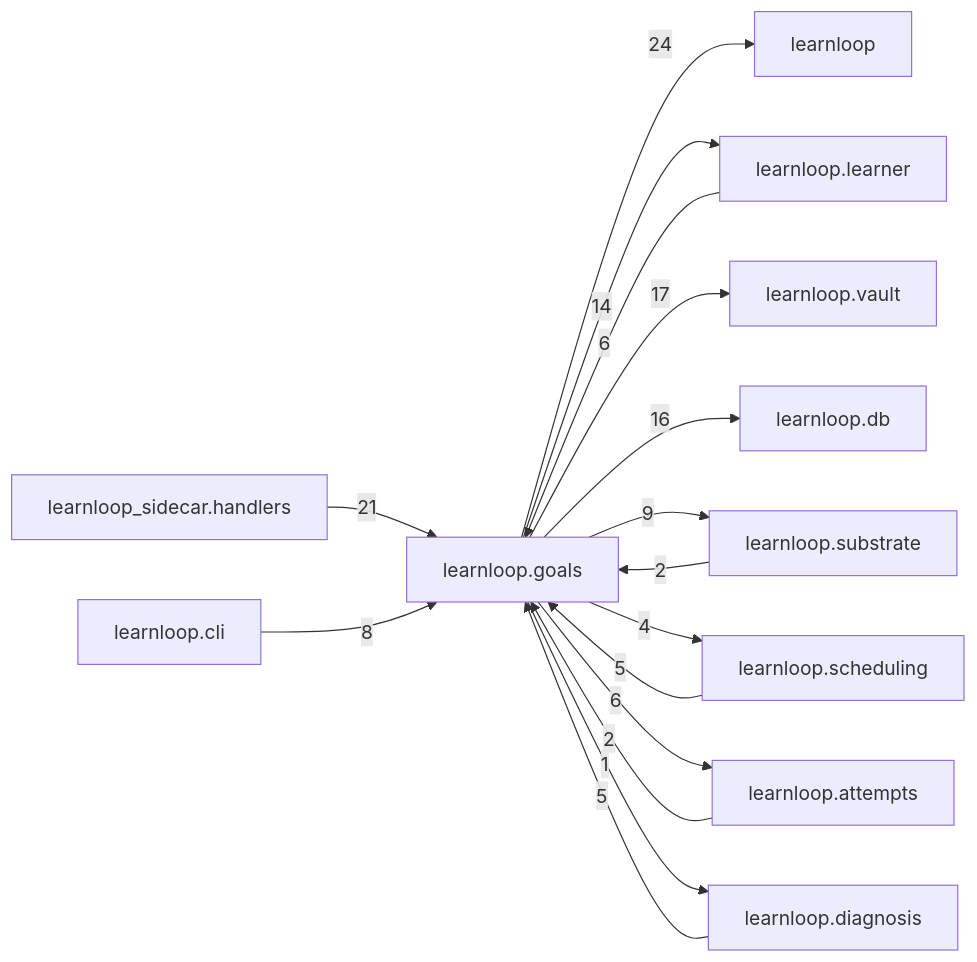
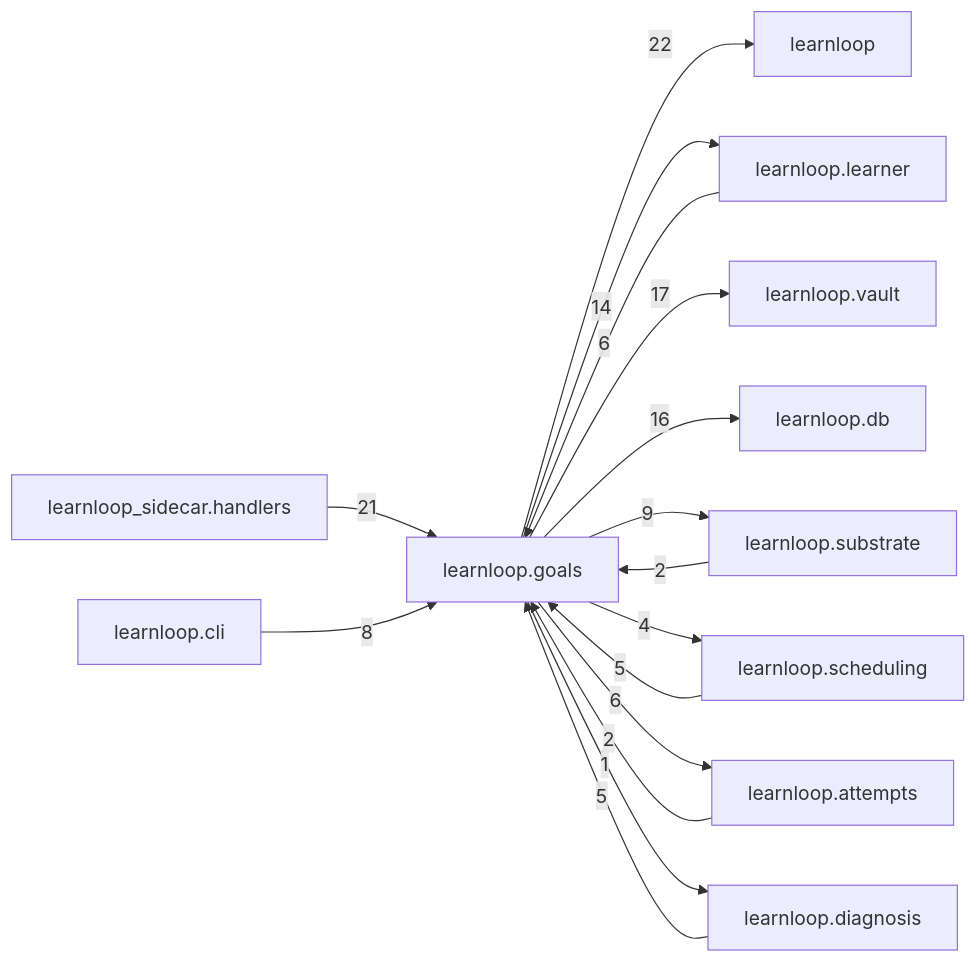
One commit to 6up-b/learnanything changed the diagram in docs/learnloop-architecture-vault/Reference/Modules/learnloop/goals/_package.md. Above: the diagram before and after it, drawn with Mermaid. The commit also changed other lines of this file and 69 other files, not shown here.

````diff
--- a/docs/learnloop-architecture-vault/Reference/Modules/learnloop/goals/_package.md
+++ b/docs/learnloop-architecture-vault/Reference/Modules/learnloop/goals/_package.md
@@ -128,29 +128,29 @@
 ```mermaid
 flowchart LR
     center["learnloop.goals"]
     n_learnloop["learnloop"]
     n_learnloop_sidecar_handlers["learnloop_sidecar.handlers"]
     n_learnloop_learner["learnloop.learner"]
     n_learnloop_vault["learnloop.vault"]
     n_learnloop_db["learnloop.db"]
     n_learnloop_substrate["learnloop.substrate"]
     n_learnloop_scheduling["learnloop.scheduling"]
     n_learnloop_attempts["learnloop.attempts"]
     n_learnloop_cli["learnloop.cli"]
     n_learnloop_diagnosis["learnloop.diagnosis"]
-    center -->|24| n_learnloop
+    center -->|22| n_learnloop
     n_learnloop_sidecar_handlers -->|21| center
     n_learnloop_learner -->|6| center
     center -->|14| n_learnloop_learner
     center -->|17| n_learnloop_vault
     center -->|16| n_learnloop_db
     n_learnloop_substrate -->|2| center
     center -->|9| n_learnloop_substrate
     n_learnloop_scheduling -->|5| center
     center -->|4| n_learnloop_scheduling
     n_learnloop_attempts -->|2| center
     center -->|6| n_learnloop_attempts
     n_learnloop_cli -->|8| center
     n_learnloop_diagnosis -->|5| center
     center -->|1| n_learnloop_diagnosis
 ```
````
